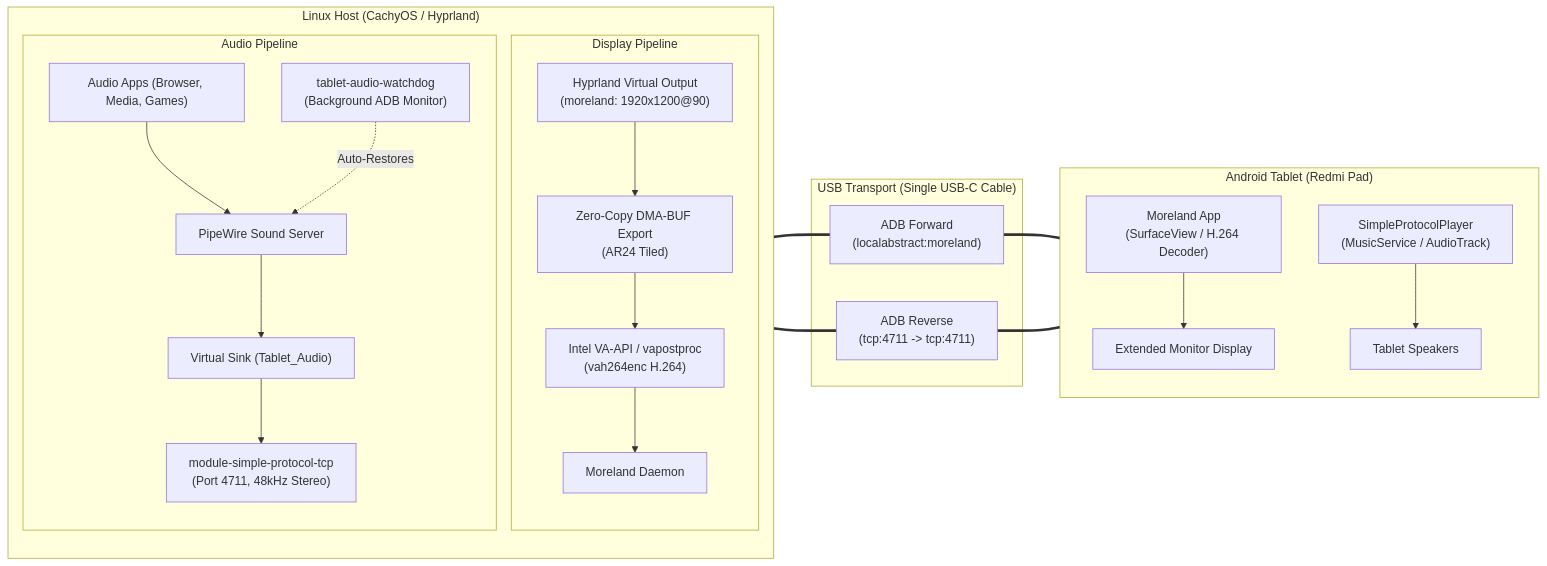
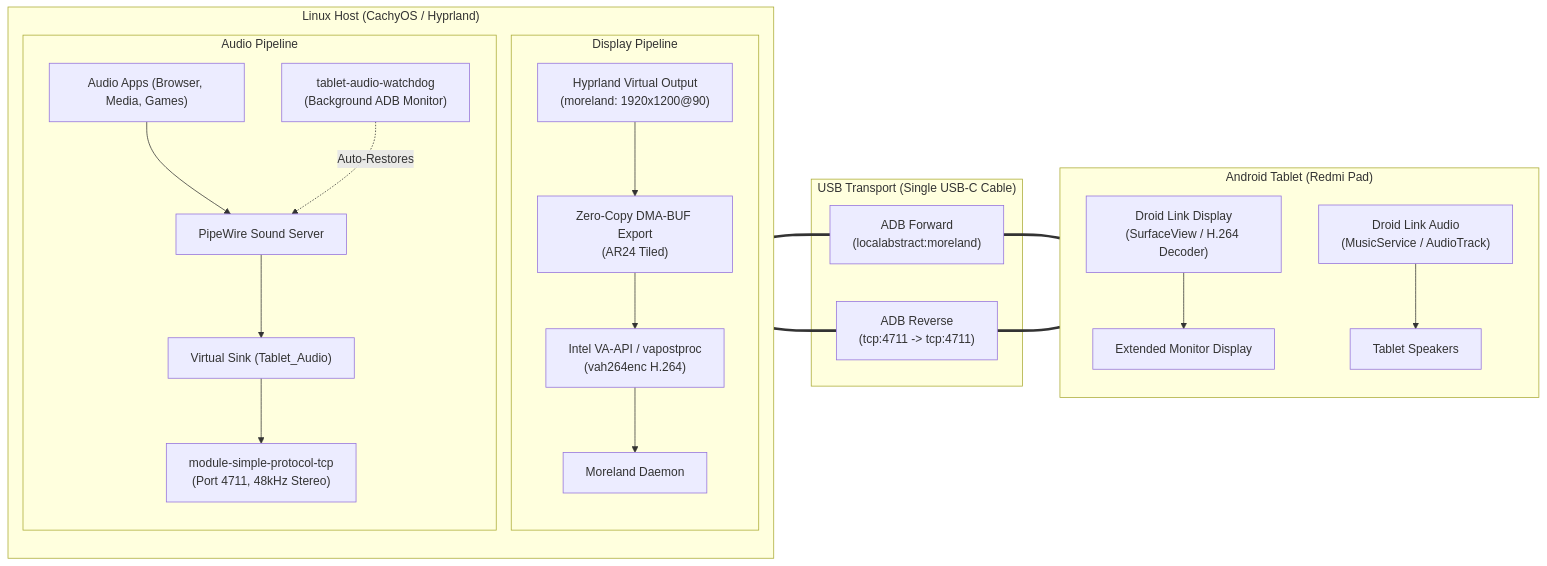
The diagram in README.md (Rayhan-099/droid-link), drawn with Mermaid before and after one commit. The commit also changed other lines of this file and 65 other files, not shown here.

First line of the commit message:
feat: Add first-party reproducible Android display and audio applications

````diff
--- a/README.md
+++ b/README.md
@@ -27,42 +27,42 @@
 ```mermaid
 flowchart LR
     subgraph Host["Linux Host (CachyOS / Hyprland)"]
         direction TB
         subgraph DisplaySubsystem["Display Pipeline"]
             H_Disp["Hyprland Virtual Output\n(moreland: 1920x1200@90)"]
             DMABUF["Zero-Copy DMA-BUF Export\n(AR24 Tiled)"]
             VA["Intel VA-API / vapostproc\n(vah264enc H.264)"]
             MorelandHost["Moreland Daemon"]
             H_Disp --> DMABUF --> VA --> MorelandHost
         end
 
         subgraph AudioSubsystem["Audio Pipeline"]
             Apps["Audio Apps (Browser, Media, Games)"]
             PW["PipeWire Sound Server"]
             Sink["Virtual Sink (Tablet_Audio)"]
             SimpleTCP["module-simple-protocol-tcp\n(Port 4711, 48kHz Stereo)"]
             Watchdog["tablet-audio-watchdog\n(Background ADB Monitor)"]
             Apps --> PW --> Sink --> SimpleTCP
             Watchdog -. Auto-Restores .-> PW
         end
     end
 
     subgraph USB["USB Transport (Single USB-C Cable)"]
         ADB_Fwd["ADB Forward\n(localabstract:moreland)"]
         ADB_Rev["ADB Reverse\n(tcp:4711 -> tcp:4711)"]
     end
 
     subgraph Tablet["Android Tablet (Redmi Pad)"]
         direction TB
-        MorelandApp["Moreland App\n(SurfaceView / H.264 Decoder)"]
-        SPP["SimpleProtocolPlayer\n(MusicService / AudioTrack)"]
+        DisplayApp["Droid Link Display\n(SurfaceView / H.264 Decoder)"]
+        AudioApp["Droid Link Audio\n(MusicService / AudioTrack)"]
         Screen["Extended Monitor Display"]
         Speakers["Tablet Speakers"]
 
-        MorelandApp --> Screen
-        SPP --> Speakers
+        DisplayApp --> Screen
+        AudioApp --> Speakers
     end
 
-    MorelandHost === ADB_Fwd === MorelandApp
-    SimpleTCP === ADB_Rev === SPP
+    MorelandHost === ADB_Fwd === DisplayApp
+    SimpleTCP === ADB_Rev === AudioApp
 ```
````
